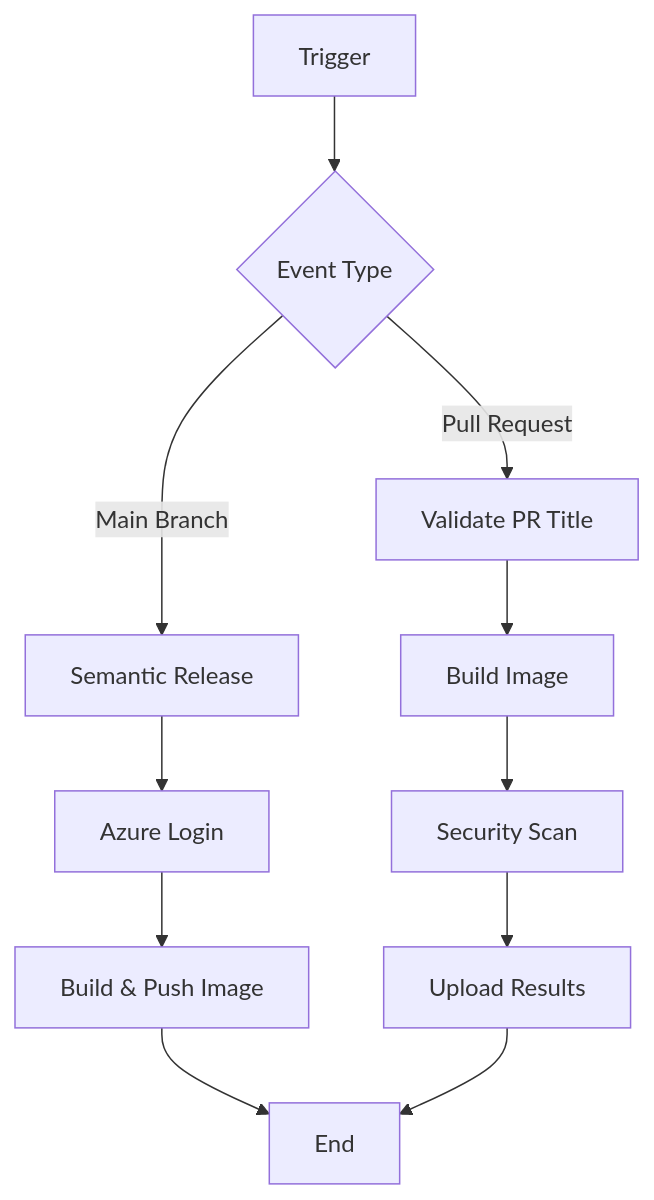
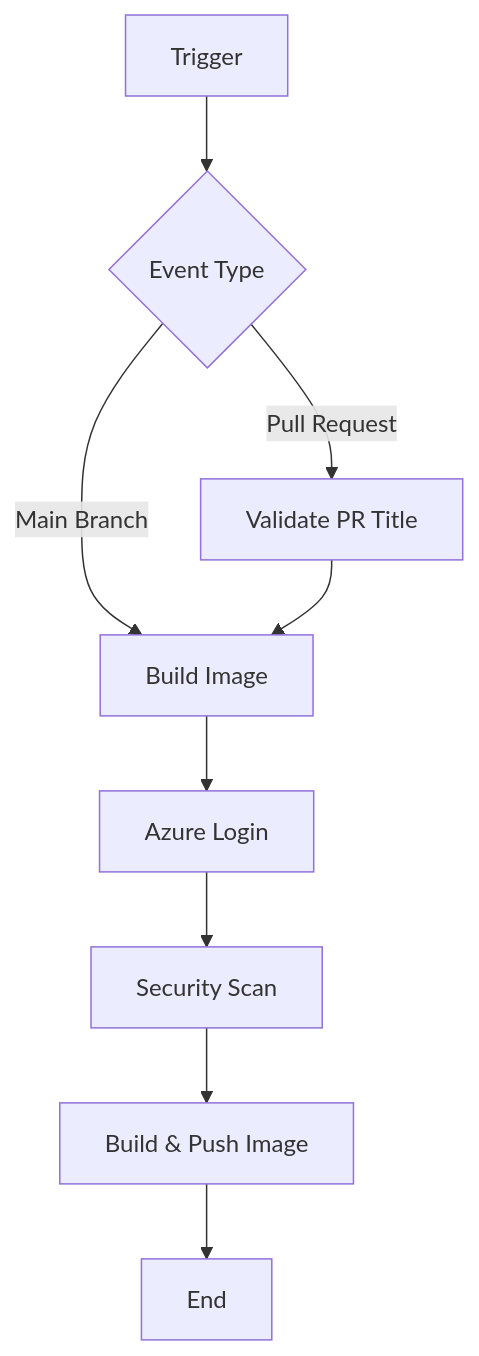
Before and after one commit to amirpouyan-haghighat/pipeline-templates: the third of 5 diagrams in README.md, drawn with Mermaid. The commit also changed other lines of this file and 2 other files, not shown here.

````diff
--- a/README.md
+++ b/README.md
@@ -180,13 +181,11 @@
 ```mermaid
 graph TD
     A[Trigger] --> B{Event Type}
     B -->|Pull Request| C[Validate PR Title]
-    B -->|Main Branch| D[Semantic Release]
-    C --> E[Build Image]
-    D --> F[Azure Login]
-    E --> G[Security Scan]
-    F --> H[Build & Push Image]
-    G --> I[Upload Results]
-    H --> J[End]
-    I --> J
+    B -->|Main Branch| D[Build Image]
+    C --> D
+    D --> E[Azure Login]
+    E --> F[Security Scan]
+    F --> G[Build & Push Image]
+    G --> H[End]
 ```
````
